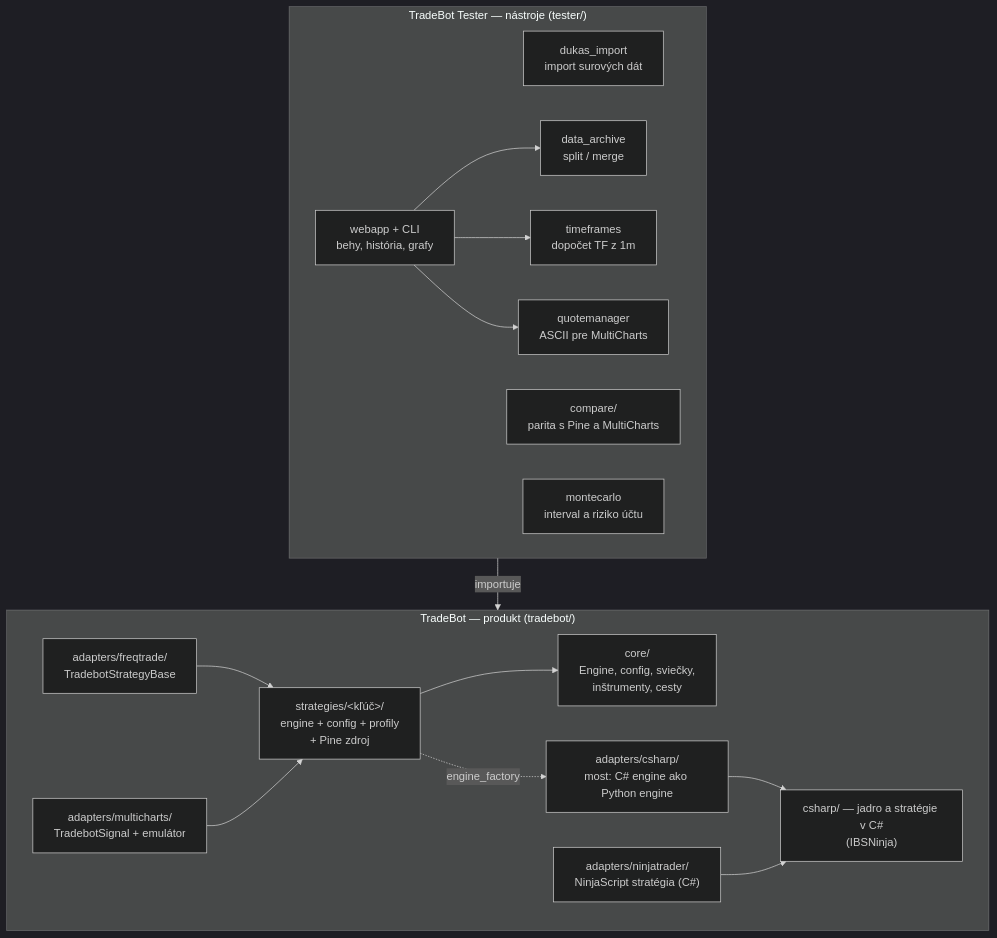
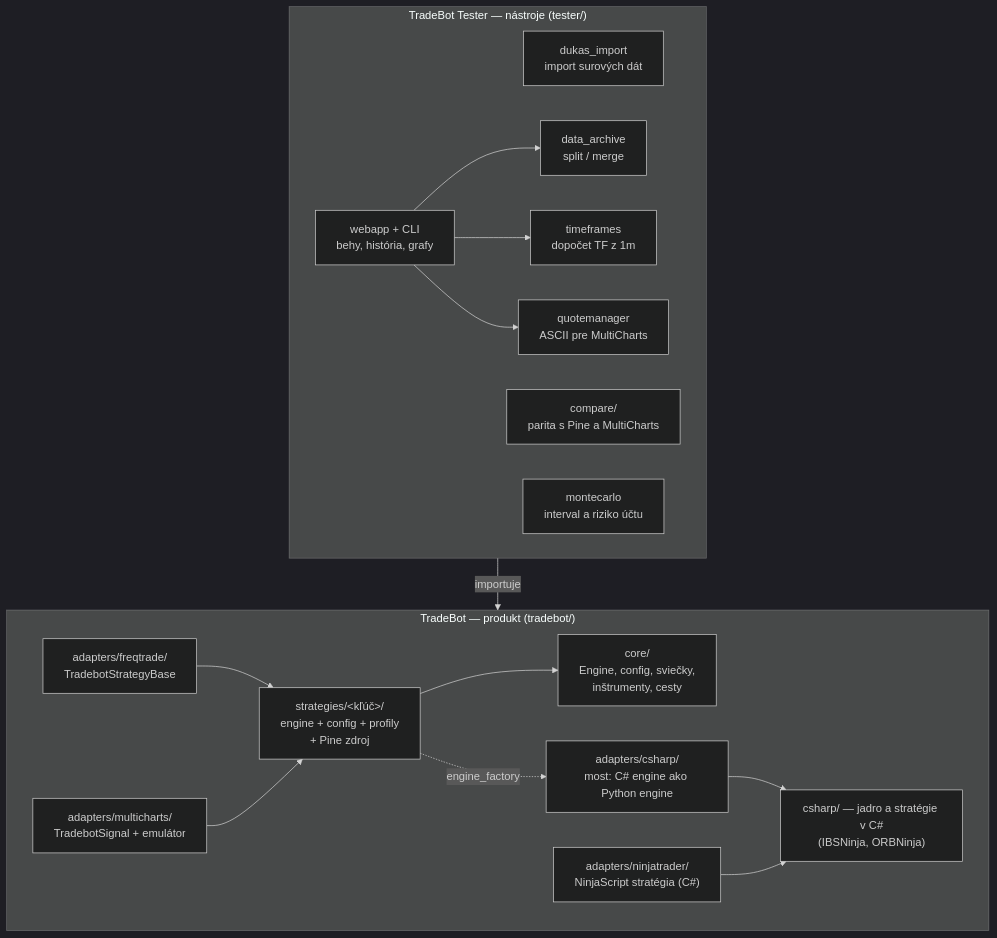
Before and after one commit to materko/imbalance_strategy: the first of 3 diagrams in docs/ARCHITEKTURA.md, drawn with Mermaid (dark theme). The commit also changed 74 other files, not shown here.

````diff
--- a/docs/ARCHITEKTURA.md
+++ b/docs/ARCHITEKTURA.md
@@ -12,33 +12,33 @@
 ```mermaid
 flowchart TB
     subgraph P["TradeBot — produkt (tradebot/)"]
         core["core/<br/>Engine, config, sviečky,<br/>inštrumenty, cesty"]
         strat["strategies/&lt;kľúč&gt;/<br/>engine + config + profily<br/>+ Pine zdroj"]
         ft["adapters/freqtrade/<br/>TradebotStrategyBase"]
         mc["adapters/multicharts/<br/>TradebotSignal + emulátor"]
-        cs["csharp/ — jadro a stratégie v C#<br/>(IBSNinja)"]
+        cs["csharp/ — jadro a stratégie v C#<br/>(IBSNinja, ORBNinja)"]
         bridge["adapters/csharp/<br/>most: C# engine ako Python engine"]
         nt["adapters/ninjatrader/<br/>NinjaScript stratégia (C#)"]
         strat --> core
         ft --> strat
         mc --> strat
         strat -.->|"engine_factory"| bridge
         bridge --> cs
         nt --> cs
     end
 
     subgraph T["TradeBot Tester — nástroje (tester/)"]
         imp["dukas_import<br/>import surových dát"]
         arch["data_archive<br/>split / merge"]
         tf["timeframes<br/>dopočet TF z 1m"]
         qm["quotemanager<br/>ASCII pre MultiCharts"]
         web["webapp + CLI<br/>behy, história, grafy"]
         cmp["compare/<br/>parita s Pine a MultiCharts"]
         mcarlo["montecarlo<br/>interval a riziko účtu"]
     end
 
     T -->|"importuje"| P
     web --> arch
     web --> tf
     web --> qm
 ```
````
